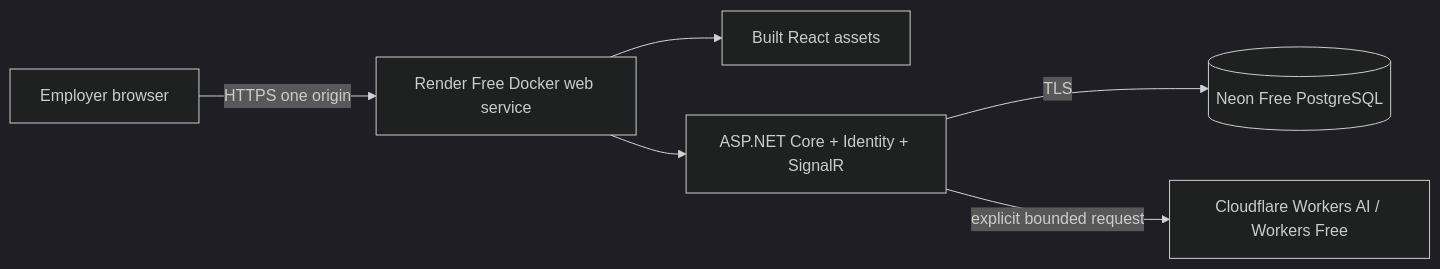
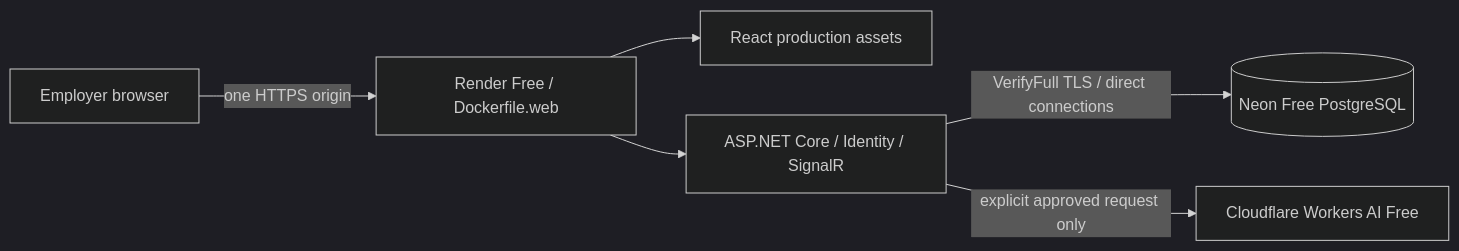
The diagram in ZERO_COST_DEPLOYMENT.md (TobyTheRoyal/fleetflow), drawn with Mermaid (dark theme) before and after one commit. The commit also changed other lines of this file and 85 other files, not shown here.

````diff
--- a/ZERO_COST_DEPLOYMENT.md
+++ b/ZERO_COST_DEPLOYMENT.md
@@ -7,8 +7,8 @@
 ```mermaid
 flowchart LR
-    Employer[Employer browser] -->|HTTPS one origin| Web[Render Free Docker web service]
-    Web --> SPA[Built React assets]
-    Web --> API[ASP.NET Core + Identity + SignalR]
-    API -->|TLS| PG[(Neon Free PostgreSQL)]
-    API -->|explicit bounded request| AI[Cloudflare Workers AI / Workers Free]
+    Visitor[Employer browser] -->|one HTTPS origin| Render[Render Free / Dockerfile.web]
+    Render --> React[React production assets]
+    Render --> API[ASP.NET Core / Identity / SignalR]
+    API -->|VerifyFull TLS / direct connections| Neon[(Neon Free PostgreSQL)]
+    API -->|explicit approved request only| AI[Cloudflare Workers AI Free]
 ```
````
